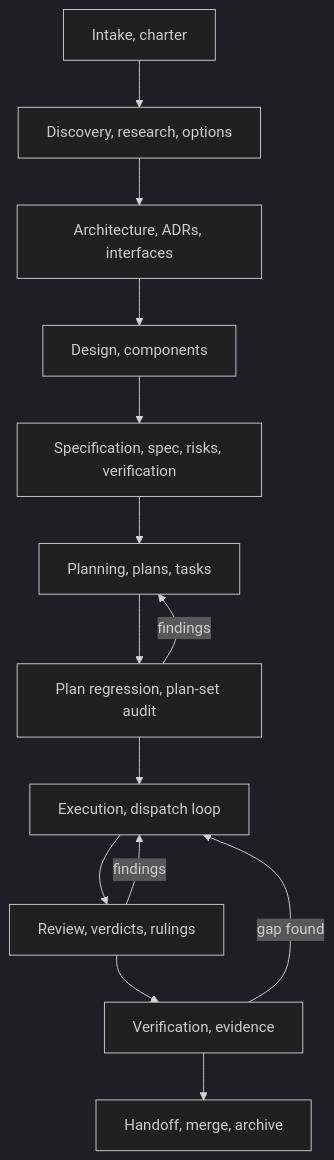
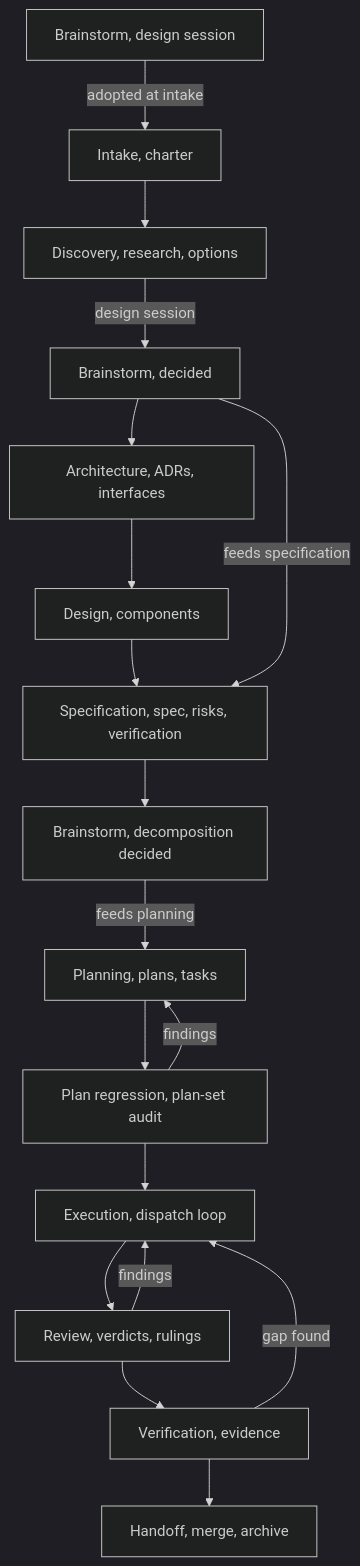
The second of 2 diagrams in skills/executor/SKILL.md (Atri10/executor), drawn with Mermaid (dark theme) before and after one commit. The commit also changed other lines of this file and 35 other files, not shown here.

````diff
--- a/skills/executor/SKILL.md
+++ b/skills/executor/SKILL.md
@@ -313,16 +313,20 @@
 ```mermaid
 flowchart TB
+    BR["Brainstorm, design session"] -->|"adopted at intake"| I
     I["Intake, charter"] --> DI["Discovery, research, options"]
-    DI --> AR["Architecture, ADRs, interfaces"]
+    DI -->|"design session"| BRD["Brainstorm, decided"]
+    BRD --> AR["Architecture, ADRs, interfaces"]
     AR --> DE["Design, components"]
     DE --> SP["Specification, spec, risks, verification"]
-    SP --> PL["Planning, plans, tasks"]
+    BRD -->|"feeds specification"| SP
+    SP --> BRP["Brainstorm, decomposition decided"]
+    BRP -->|"feeds planning"| PL["Planning, plans, tasks"]
     PL --> RG["Plan regression, plan-set audit"]
     RG --> EX["Execution, dispatch loop"]
     RG -->|"findings"| PL
     EX --> RV["Review, verdicts, rulings"]
     RV --> VF["Verification, evidence"]
     VF --> HO["Handoff, merge, archive"]
     RV -->|"findings"| EX
     VF -->|"gap found"| EX
 ```
````
